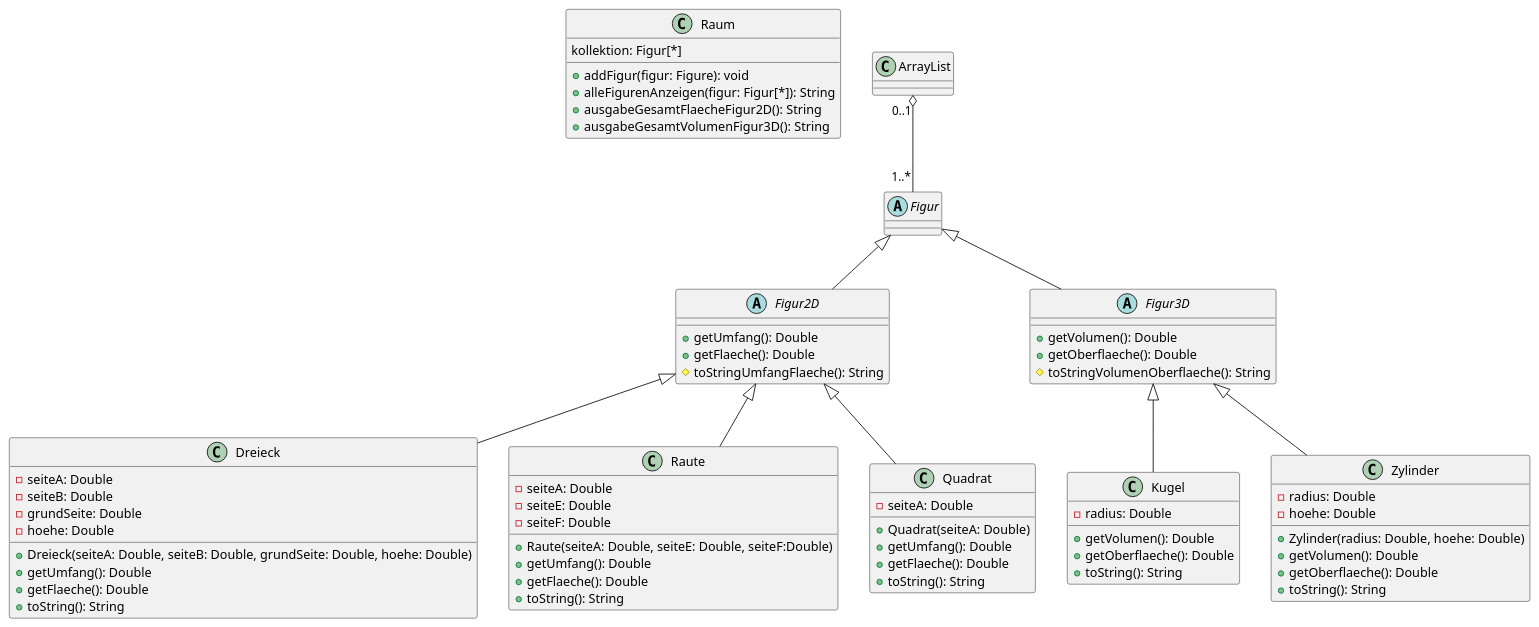
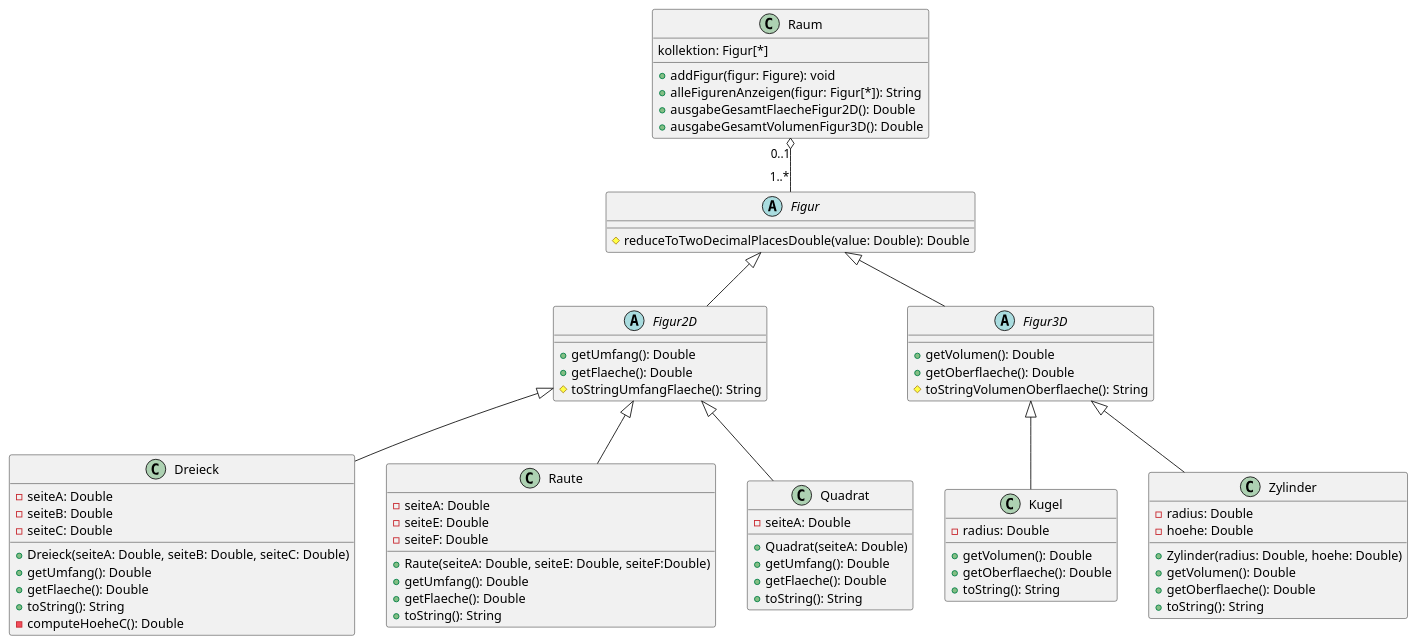
Before and after one commit to JuginPower/softwaredevelopment: the diagram in figuren/figures.wsd, drawn with PlantUML. The commit also changed 8 other files, not shown here.

```diff
--- a/figuren/figures.wsd
+++ b/figuren/figures.wsd
@@ -1,79 +1,79 @@
 @startuml figures
 class Raum {
     kollektion: Figur[*]
 +addFigur(figur: Figure): void
 +alleFigurenAnzeigen(figur: Figur[*]): String
-+ausgabeGesamtFlaecheFigur2D(): String
-+ausgabeGesamtVolumenFigur3D(): String
++ausgabeGesamtFlaecheFigur2D(): Double
++ausgabeGesamtVolumenFigur3D(): Double
 }
 
 abstract Figur {
-
+    #reduceToTwoDecimalPlacesDouble(value: Double): Double
 }
 
 abstract Figur2D {
     +getUmfang(): Double
     +getFlaeche(): Double
     #toStringUmfangFlaeche(): String
 }
 
 abstract Figur3D {
     +getVolumen(): Double
     +getOberflaeche(): Double
     #toStringVolumenOberflaeche(): String
 }
 
 class Kugel {
     -radius: Double
 +getVolumen(): Double
 +getOberflaeche(): Double
 +toString(): String
 }
 
 class Zylinder {
     -radius: Double
     -hoehe: Double
 +Zylinder(radius: Double, hoehe: Double)
 +getVolumen(): Double
 +getOberflaeche(): Double
 +toString(): String
 }
 
 class Dreieck {
     -seiteA: Double
     -seiteB: Double
-    -grundSeite: Double
-    -hoehe: Double
-+Dreieck(seiteA: Double, seiteB: Double, grundSeite: Double, hoehe: Double)
+    -seiteC: Double
++Dreieck(seiteA: Double, seiteB: Double, seiteC: Double)
 +getUmfang(): Double
 +getFlaeche(): Double
 +toString(): String
+-computeHoeheC(): Double
 }
 
 class Raute {
     -seiteA: Double
     -seiteE: Double
     -seiteF: Double
 +Raute(seiteA: Double, seiteE: Double, seiteF:Double)
 +getUmfang(): Double
 +getFlaeche(): Double
 +toString(): String
 }
 
 class Quadrat {
     -seiteA: Double
 +Quadrat(seiteA: Double)
 +getUmfang(): Double
 +getFlaeche(): Double
 +toString(): String
 }
 
-ArrayList "0..1" o-- "1..*" Figur
+Raum "0..1" o-- "1..*" Figur
 Figur <|-- Figur3D
 Figur <|-- Figur2D
 Figur2D <|-- Dreieck
 Figur2D <|-- Raute
 Figur2D <|-- Quadrat
 Figur3D <|-- Kugel
 Figur3D <|-- Zylinder
 @enduml
```
